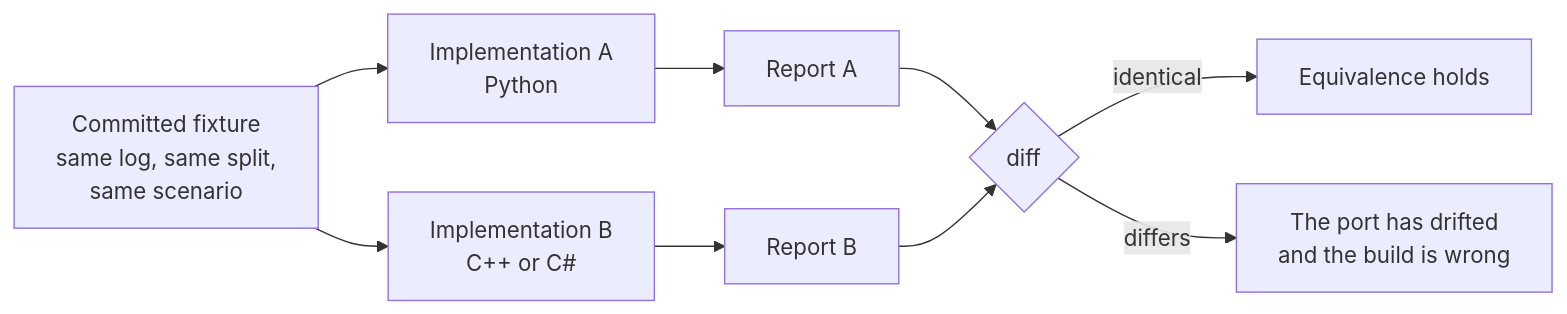
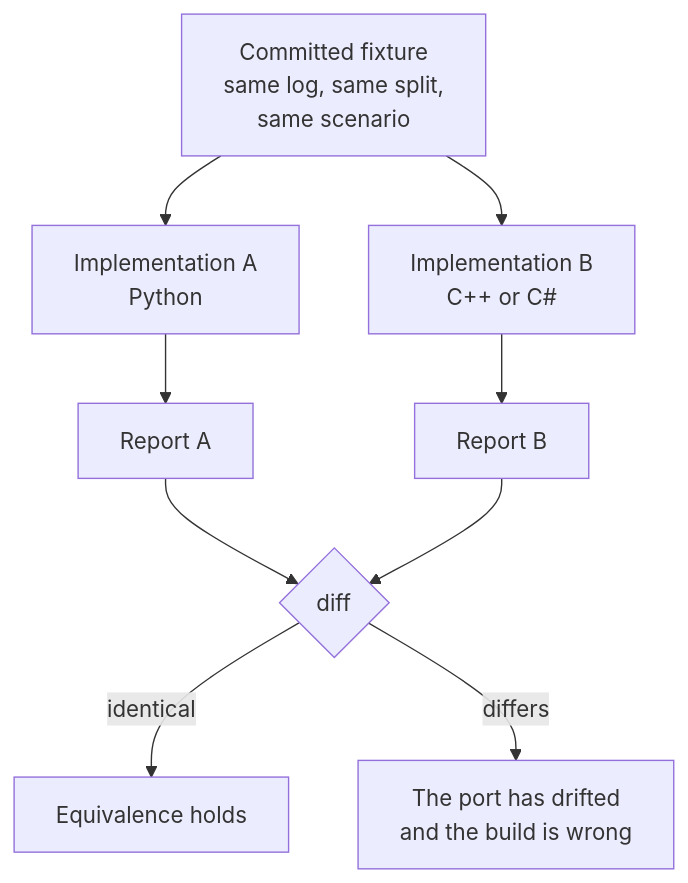
The second of 2 diagrams in README.md (ryanwien/Portfolio2026), drawn with Mermaid before and after one commit. The commit also changed other lines of this file, not shown here.

First line of the commit message:
Keep the front page diagrams clear of GitHub's zoom controls

````diff
--- a/README.md
+++ b/README.md
@@ -58,12 +53,12 @@
 ```mermaid
-flowchart LR
+flowchart TD
   FIX["Committed fixture<br>same log, same split,<br>same scenario"]
   FIX --> A["Implementation A<br>Python"]
   FIX --> B["Implementation B<br>C++ or C#"]
   A --> RA["Report A"]
   B --> RB["Report B"]
   RA --> D{"diff"}
   RB --> D
   D -->|identical| OK["Equivalence holds"]
   D -->|differs| BAD["The port has drifted<br>and the build is wrong"]
 ```
````
